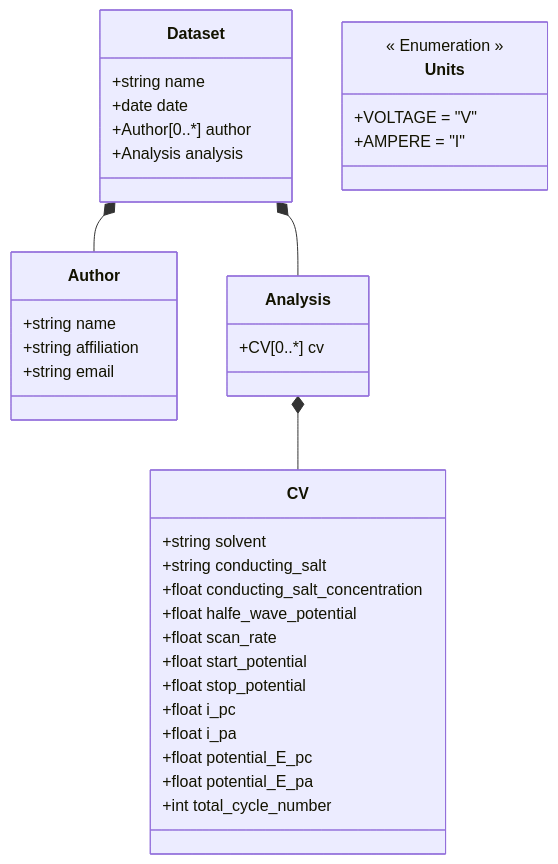
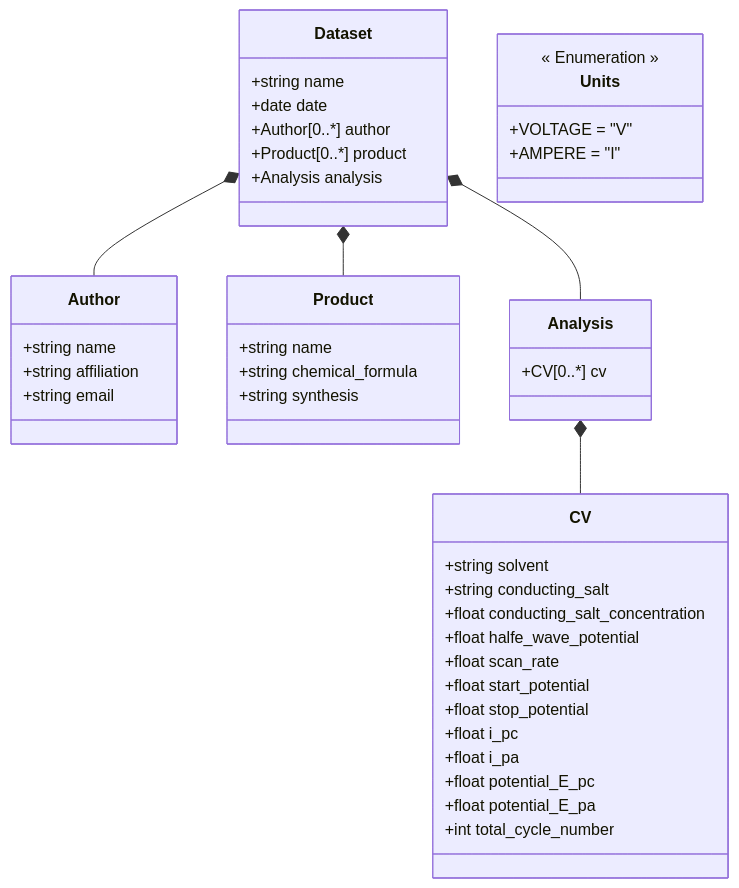
One commit to FAIRChemistry/datamodel-electrochemistry changed the diagram in ElectrochemistryDataModel/schemes/Datamodel for Electrochemistry.md. Above: the diagram before and after it, drawn with Mermaid. The commit also changed 6 other files, not shown here.

````diff
--- a/ElectrochemistryDataModel/schemes/Datamodel for Electrochemistry.md
+++ b/ElectrochemistryDataModel/schemes/Datamodel for Electrochemistry.md
@@ -1,45 +1,53 @@
 ```mermaid
 classDiagram
     Dataset *-- Author
+    Dataset *-- Product
     Dataset *-- Analysis
     Analysis *-- CV
     
     class Dataset {
         +string name
         +date date
         +Author[0..*] author
+        +Product[0..*] product
         +Analysis analysis
+    }
+    
+    class Product {
+        +string name
+        +string chemical_formula
+        +string synthesis
     }
     
     class Analysis {
         +CV[0..*] cv
     }
     
     class CV {
         +string solvent
         +string conducting_salt
         +float conducting_salt_concentration
         +float halfe_wave_potential
         +float scan_rate
         +float start_potential
         +float stop_potential
         +float i_pc
         +float i_pa
         +float potential_E_pc
         +float potential_E_pa
         +int total_cycle_number
     }
     
     class Author {
         +string name
         +string affiliation
         +string email
     }
     
     class Units {
         << Enumeration >>
         +VOLTAGE = "V"
         +AMPERE = "I"
     }
     
 ```
````
